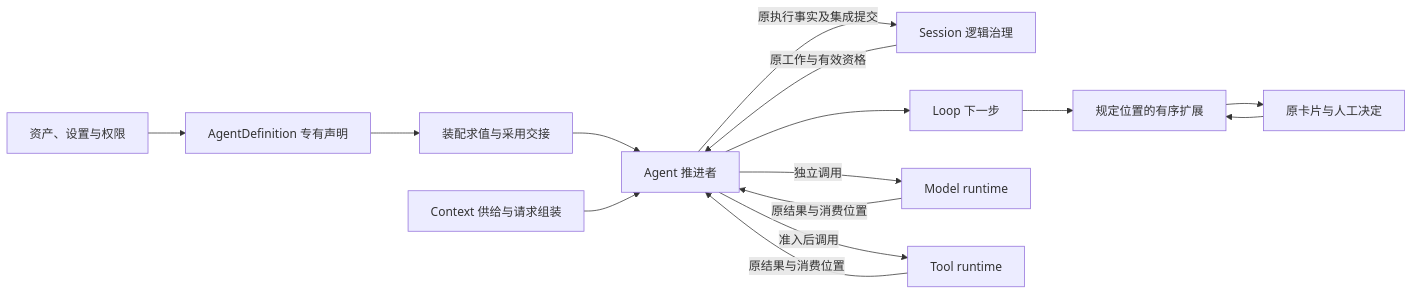
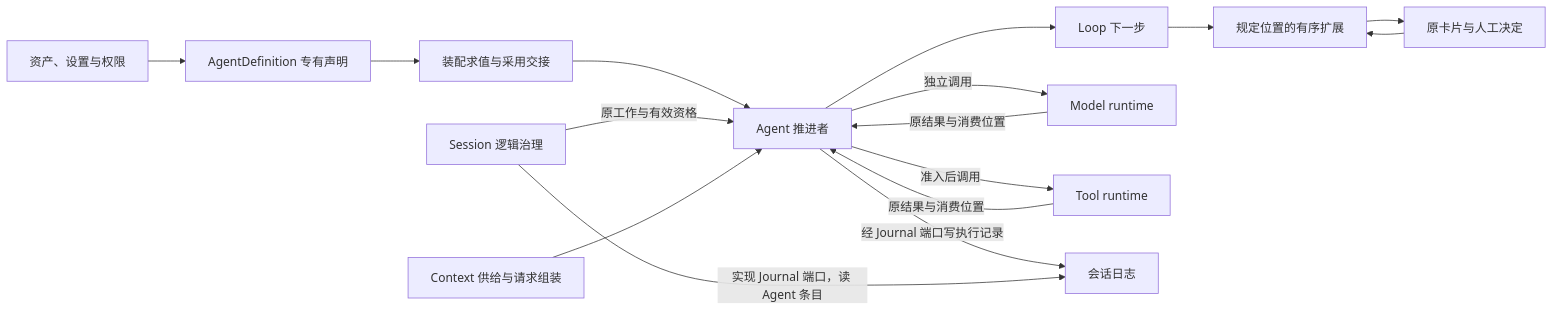
The diagram in docs/domains/agent-progression/architecture.md (nemori-ai/omne-harness-lite), drawn with Mermaid before and after one commit. The commit also changed other lines of this file and 71 other files, not shown here.

````diff
--- a/docs/domains/agent-progression/architecture.md
+++ b/docs/domains/agent-progression/architecture.md
@@ -22,17 +22,18 @@
 ```mermaid
 flowchart LR
     Assets[资产、设置与权限] --> Definition[AgentDefinition 专有声明]
     Definition --> Assembly[装配求值与采用交接]
     Assembly --> Agent[Agent 推进者]
     Session[Session 逻辑治理] -->|原工作与有效资格| Agent
     Context[Context 供给与请求组装] --> Agent
     Agent --> Loop[Loop 下一步]
     Loop --> Extensions[规定位置的有序扩展]
     Extensions --> HITL[原卡片与人工决定]
     HITL --> Extensions
     Agent -->|独立调用| Model[Model runtime]
     Agent -->|准入后调用| Tool[Tool runtime]
     Model -->|原结果与消费位置| Agent
     Tool -->|原结果与消费位置| Agent
-    Agent -->|原执行事实及集成提交| Session
+    Agent -->|经 Journal 端口写执行记录| Log[会话日志]
+    Session -->|实现 Journal 端口，读 Agent 条目| Log
 ```
````
